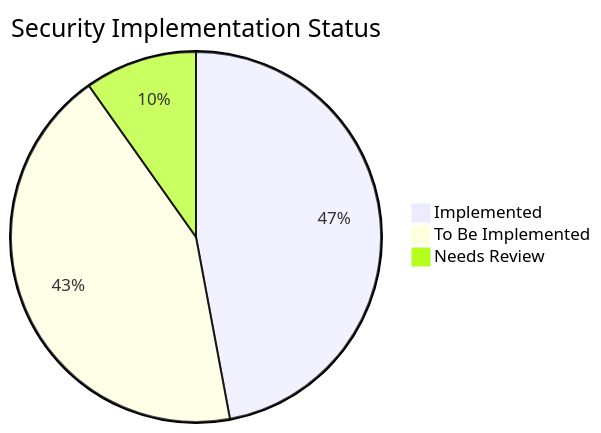
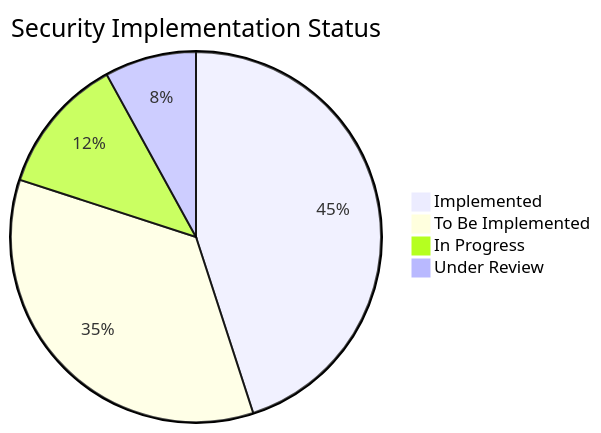
Before and after one commit to danbiocchi/oxidizedoasis-websands: the first of 2 diagrams in docs/Security_Backlog.md, drawn with Mermaid. The commit also changed other lines of this file and 3 other files, not shown here.

````diff
--- a/docs/Security_Backlog.md
+++ b/docs/Security_Backlog.md
@@ -3,6 +3,7 @@
 ```mermaid
 pie title Security Implementation Status
-    "Implemented" : 24
-    "To Be Implemented" : 22
-    "Needs Review" : 5
+    "Implemented" : 45
+    "To Be Implemented" : 35
+    "In Progress" : 12
+    "Under Review" : 8
 ```
````
